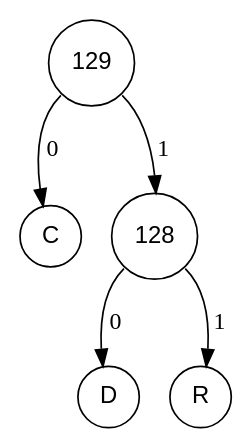
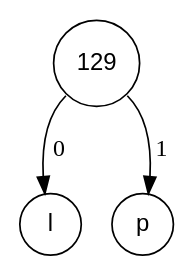
One commit to Procuste34/codage_huffman_c changed the diagram in fichiers_viz/arbre_codage_etape_2.dot. Above: the diagram before and after it, drawn with Graphviz. The commit also changed 22 other files, not shown here.

```diff
--- a/fichiers_viz/arbre_codage_etape_2.dot
+++ b/fichiers_viz/arbre_codage_etape_2.dot
@@ -1,12 +1,8 @@
 digraph POT_test {
 node [fontname="Arial", shape="circle", width=0.5];
 129 [label = "129"]
-67 [label = "C"]
-128 [label = "128"]
-68 [label = "D"]
-82 [label = "R"]
-128:sw -> 68 [label = " 0"]
-128:se -> 82 [label = " 1"]
-129:sw -> 67 [label = " 0"]
-129:se -> 128 [label = " 1"]
+108 [label = "l"]
+112 [label = "p"]
+129:sw -> 108 [label = " 0"]
+129:se -> 112 [label = " 1"]
 }
```
